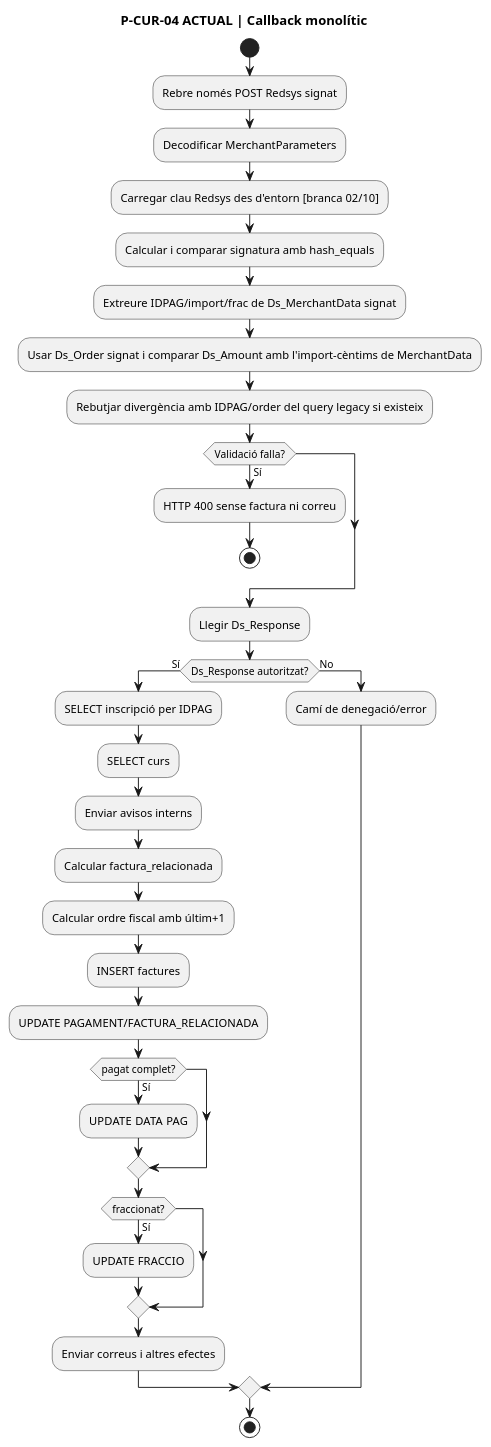
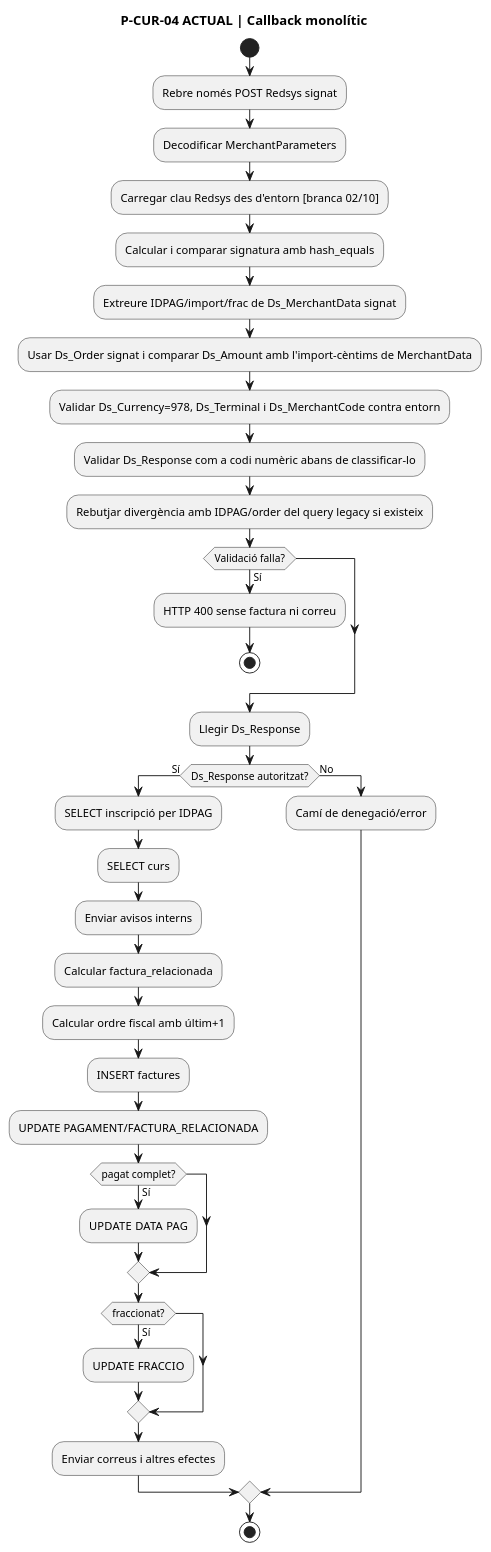
The seventh of 15 diagrams in documentacio/07-uml-integrat/uc-014-activitats-pagines-redsys-actual-final.md (orgmeriemprismacat-del/verifactu), drawn with PlantUML before and after one commit.

Commit message:
docs(UC-014): completa activitat de validació del callback

````diff
--- a/documentacio/07-uml-integrat/uc-014-activitats-pagines-redsys-actual-final.md
+++ b/documentacio/07-uml-integrat/uc-014-activitats-pagines-redsys-actual-final.md
@@ -187,37 +187,39 @@
 ```plantuml
 @startuml
 title P-CUR-04 ACTUAL | Callback monolític
 start
 :Rebre només POST Redsys signat;
 :Decodificar MerchantParameters;
 :Carregar clau Redsys des d'entorn [branca 02/10];
 :Calcular i comparar signatura amb hash_equals;
 :Extreure IDPAG/import/frac de Ds_MerchantData signat;
 :Usar Ds_Order signat i comparar Ds_Amount amb l'import-cèntims de MerchantData;
+:Validar Ds_Currency=978, Ds_Terminal i Ds_MerchantCode contra entorn;
+:Validar Ds_Response com a codi numèric abans de classificar-lo;
 :Rebutjar divergència amb IDPAG/order del query legacy si existeix;
 if (Validació falla?) then (Sí)
   :HTTP 400 sense factura ni correu;
   stop
 endif
 :Llegir Ds_Response;
 if (Ds_Response autoritzat?) then (Sí)
   :SELECT inscripció per IDPAG;
   :SELECT curs;
   :Enviar avisos interns;
   :Calcular factura_relacionada;
   :Calcular ordre fiscal amb últim+1;
   :INSERT factures;
   :UPDATE PAGAMENT/FACTURA_RELACIONADA;
   if (pagat complet?) then (Sí)
     :UPDATE DATA PAG;
   endif
   if (fraccionat?) then (Sí)
     :UPDATE FRACCIO;
   endif
   :Enviar correus i altres efectes;
 else (No)
   :Camí de denegació/error;
 endif
 stop
 @enduml
 ```
````
